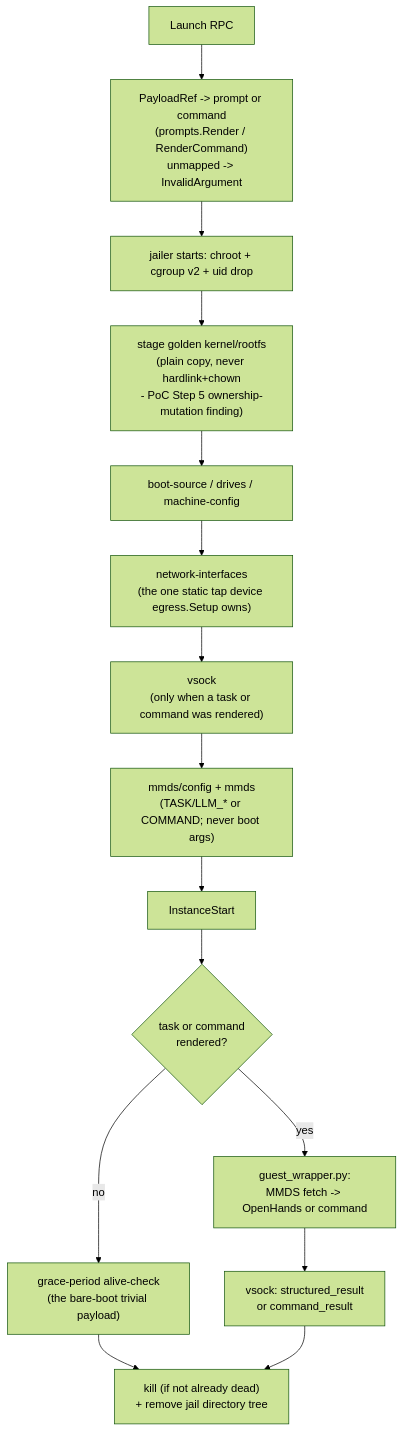
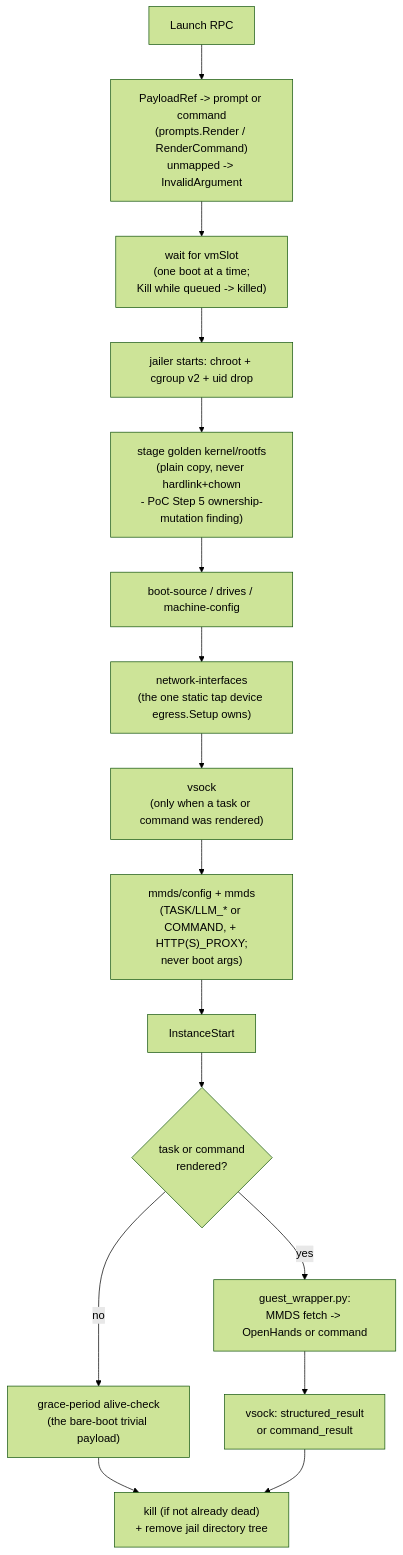
Before and after one commit to kniemiec/AiCodAgHar: the diagram in docs/components/container-launcher.md, drawn with Mermaid (forest theme). The commit also changed other lines of this file and 3 other files, not shown here.

````diff
--- a/docs/components/container-launcher.md
+++ b/docs/components/container-launcher.md
@@ -33,17 +33,18 @@
 ```mermaid
 flowchart TB
     Launch["Launch RPC"] --> Render["PayloadRef -> prompt or command\n(prompts.Render / RenderCommand)\nunmapped -> InvalidArgument"]
-    Render --> Jailer["jailer starts: chroot + cgroup v2 + uid drop"]
+    Render --> Slot["wait for vmSlot\n(one boot at a time;\nKill while queued -> killed)"]
+    Slot --> Jailer["jailer starts: chroot + cgroup v2 + uid drop"]
     Jailer --> Stage["stage golden kernel/rootfs\n(plain copy, never hardlink+chown\n- PoC Step 5 ownership-mutation finding)"]
     Stage --> BootCfg["boot-source / drives / machine-config"]
     BootCfg --> Net["network-interfaces\n(the one static tap device egress.Setup owns)"]
     Net --> VsockCfg["vsock\n(only when a task or command was rendered)"]
-    VsockCfg --> MmdsCfg["mmds/config + mmds\n(TASK/LLM_* or COMMAND; never boot args)"]
+    VsockCfg --> MmdsCfg["mmds/config + mmds\n(TASK/LLM_* or COMMAND, + HTTP(S)_PROXY;\nnever boot args)"]
     MmdsCfg --> Start["InstanceStart"]
     Start --> Wait{"task or command\nrendered?"}
     Wait -->|no| Grace["grace-period alive-check\n(the bare-boot trivial payload)"]
     Wait -->|yes| Guest["guest_wrapper.py:\nMMDS fetch -> OpenHands or command"]
     Guest --> Result["vsock: structured_result\nor command_result"]
     Grace --> Teardown["kill (if not already dead)\n+ remove jail directory tree"]
     Result --> Teardown
 ```
````
